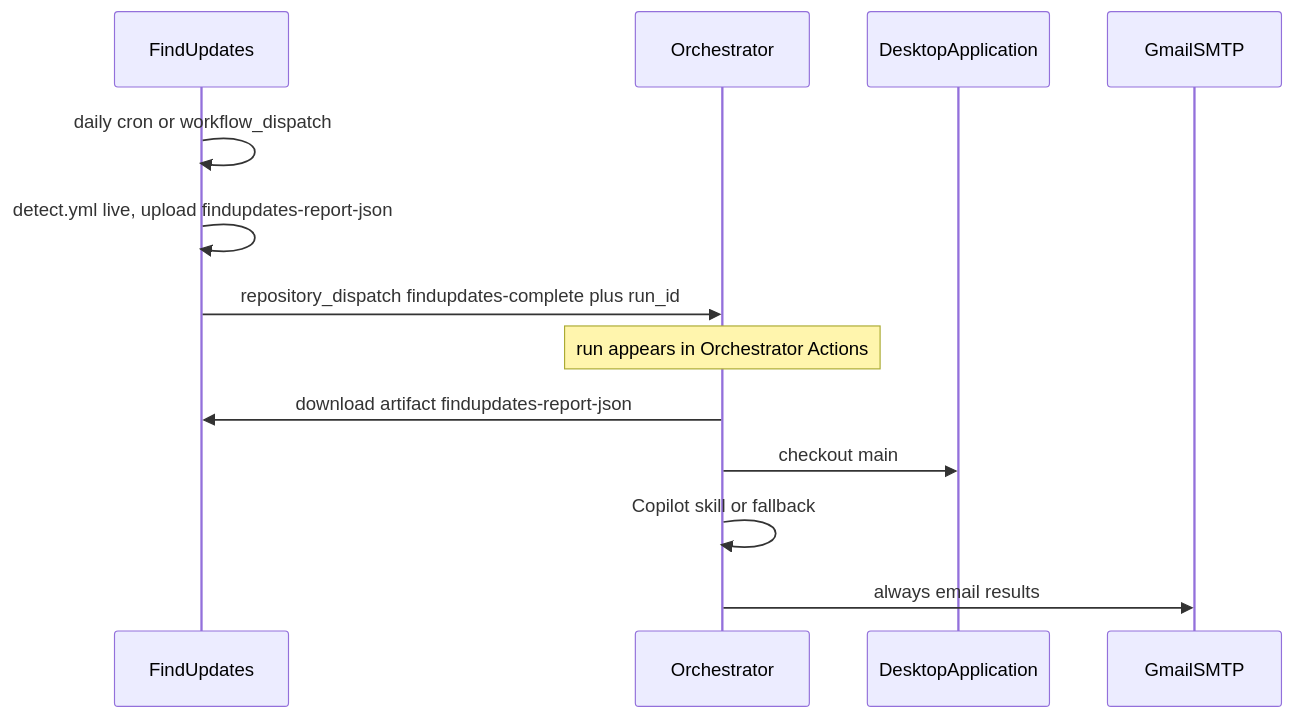
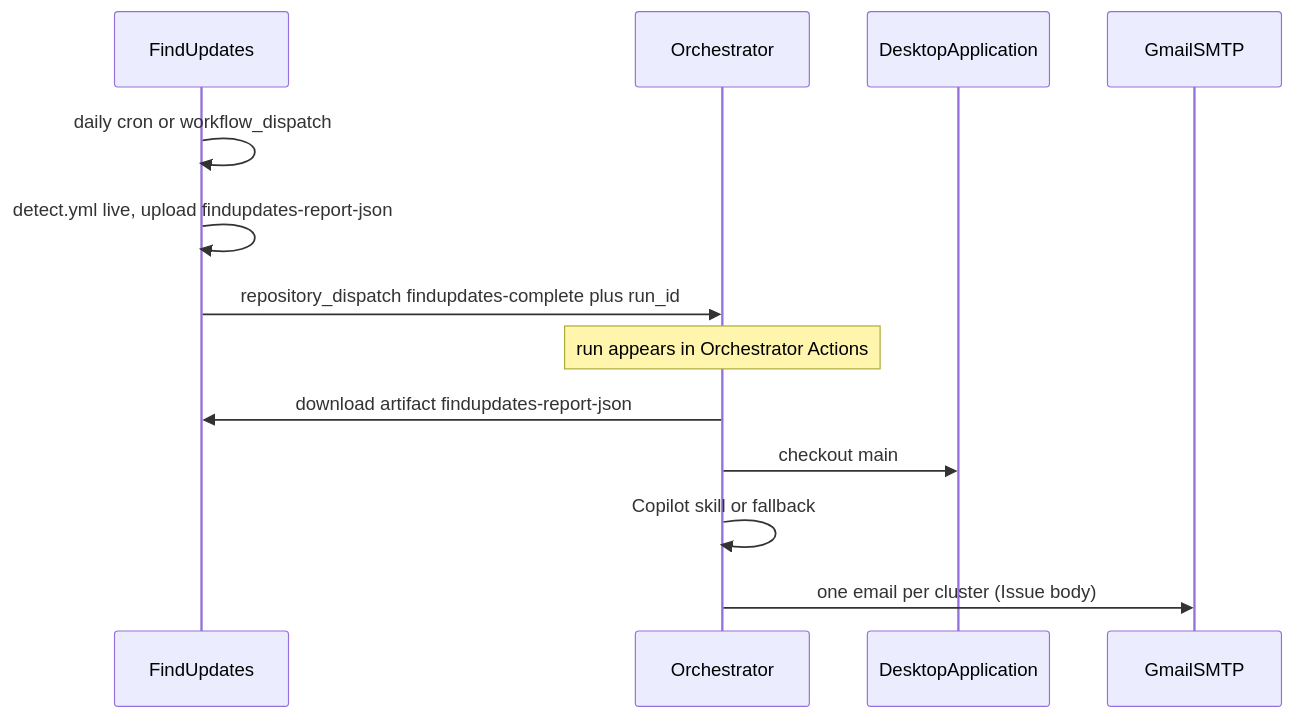
Before and after one commit to defrances/Orchestrator: the diagram in README.md, drawn with Mermaid. The commit also changed other lines of this file and 2 other files, not shown here.

Commit message:
Send one Gmail message per vendor-update cluster in Issue format.

````diff
--- a/README.md
+++ b/README.md
@@ -15,15 +15,15 @@
 ```mermaid
 sequenceDiagram
   participant FU as FindUpdates
   participant Orch as Orchestrator
   participant DA as DesktopApplication
   participant Mail as GmailSMTP
   FU->>FU: daily cron or workflow_dispatch
   FU->>FU: detect.yml live, upload findupdates-report-json
   FU->>Orch: repository_dispatch findupdates-complete plus run_id
   Note over Orch: run appears in Orchestrator Actions
   Orch->>FU: download artifact findupdates-report-json
   Orch->>DA: checkout main
   Orch->>Orch: Copilot skill or fallback
-  Orch->>Mail: always email results
+  Orch->>Mail: one email per cluster (Issue body)
 ```
````
